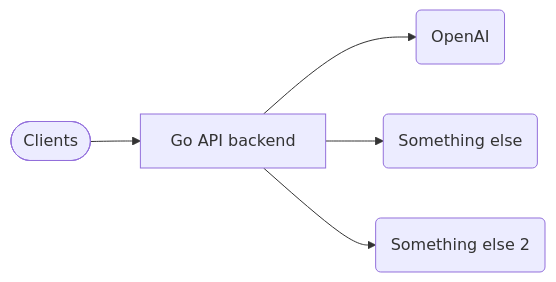
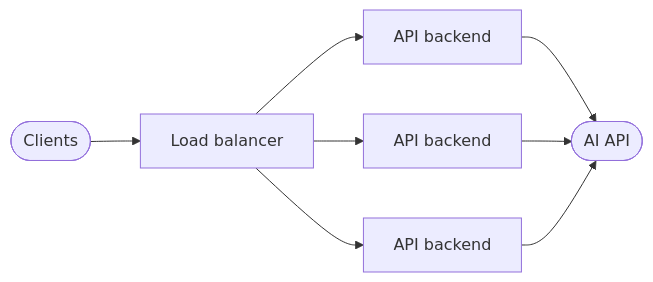
One commit to g4s8/gdf-am-2025 changed the second of 5 diagrams in site/content/_index.md. Above: the diagram before and after it, drawn with Mermaid. The commit also changed other lines of this file, not shown here.

```diff
--- a/site/content/_index.md
+++ b/site/content/_index.md
@@ -87,8 +87,13 @@
 {{< mermaid >}}
 graph LR
     A(["Clients"])
-    A --> B["Go API backend"]
-    B --> C("OpenAI")
-    B --> D("Something else")
-    B --> E("Something else 2")
+    B["Load balancer"]
+    C(["AI API"])
+    A --> B
+    B --> X["API backend"]
+    B --> Y["API backend"]
+    B --> Z["API backend"]
+    X --> C
+    Y --> C
+    Z --> C
 {{< /mermaid >}}
```
